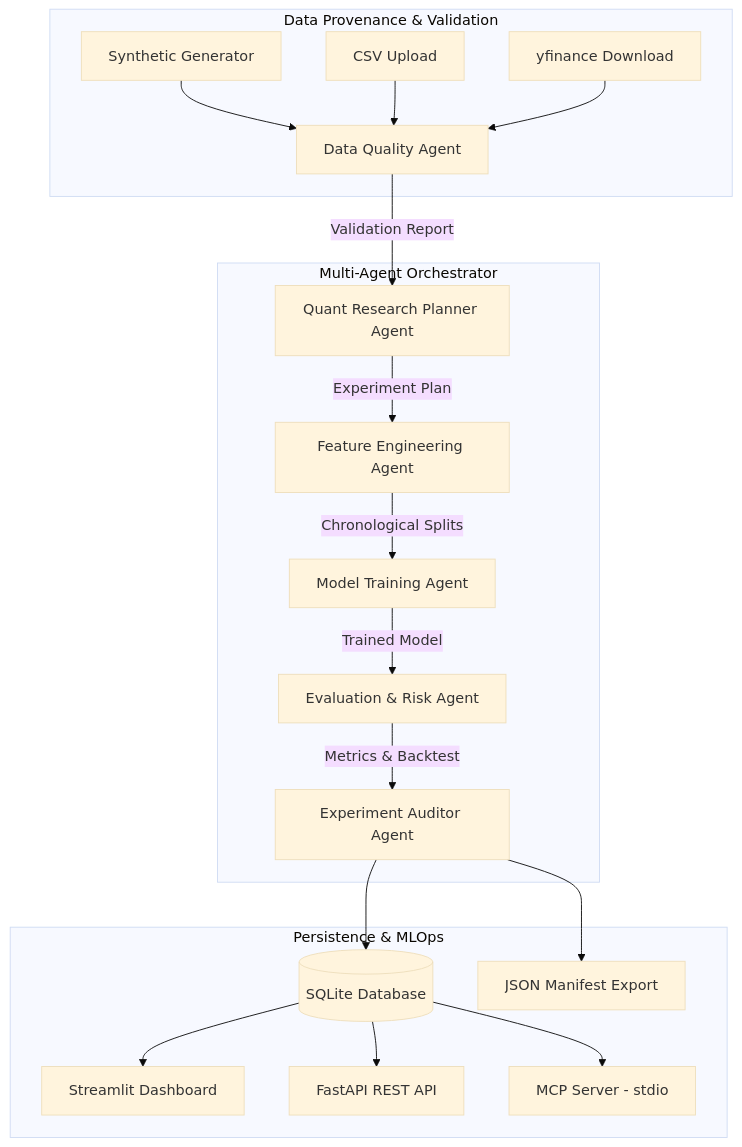
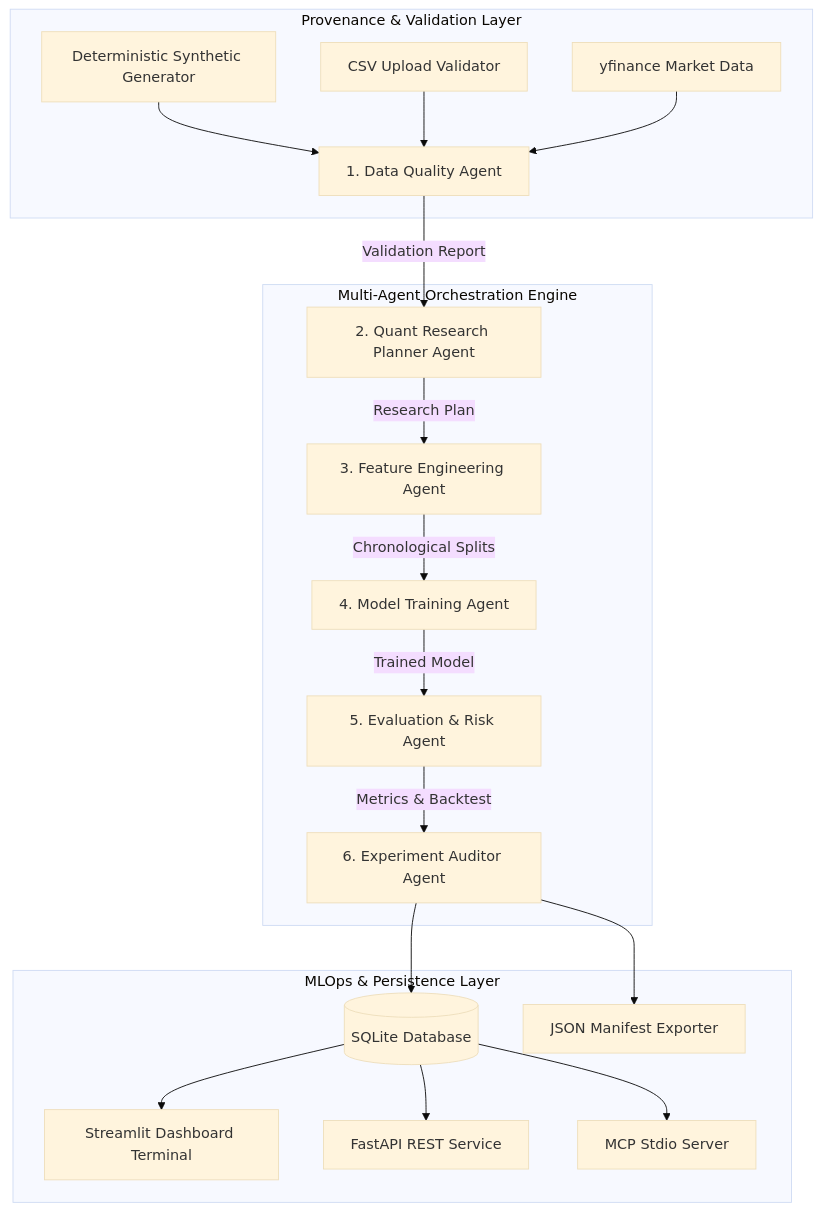
Before and after one commit to Dhanya562004/quantlab-pro: the diagram in README.md, drawn with Mermaid (base theme). The commit also changed other lines of this file, not shown here.

Commit message:
docs: update README.md with live Streamlit app URL and badges

````diff
--- a/README.md
+++ b/README.md
@@ -19,24 +23,24 @@
 ```mermaid
 graph TD
-    subgraph Data Provenance & Validation
-        A1[Synthetic Generator] --> B[Data Quality Agent]
-        A2[CSV Upload] --> B
-        A3[yfinance Download] --> B
+    subgraph Provenance & Validation Layer
+        A1[Deterministic Synthetic Generator] --> B[1. Data Quality Agent]
+        A2[CSV Upload Validator] --> B
+        A3[yfinance Market Data] --> B
     end
 
-    subgraph Multi-Agent Orchestrator
-        B -- Validation Report --> C[Quant Research Planner Agent]
-        C -- Experiment Plan --> D[Feature Engineering Agent]
-        D -- Chronological Splits --> E[Model Training Agent]
-        E -- Trained Model --> F[Evaluation & Risk Agent]
-        F -- Metrics & Backtest --> G[Experiment Auditor Agent]
+    subgraph Multi-Agent Orchestration Engine
+        B -- Validation Report --> C[2. Quant Research Planner Agent]
+        C -- Research Plan --> D[3. Feature Engineering Agent]
+        D -- Chronological Splits --> E[4. Model Training Agent]
+        E -- Trained Model --> F[5. Evaluation & Risk Agent]
+        F -- Metrics & Backtest --> G[6. Experiment Auditor Agent]
     end
 
-    subgraph Persistence & MLOps
+    subgraph MLOps & Persistence Layer
         G --> H[(SQLite Database)]
-        G --> I[JSON Manifest Export]
-        H --> J[Streamlit Dashboard]
-        H --> K[FastAPI REST API]
-        H --> L[MCP Server - stdio]
+        G --> I[JSON Manifest Exporter]
+        H --> J[Streamlit Dashboard Terminal]
+        H --> K[FastAPI REST Service]
+        H --> L[MCP Stdio Server]
     end
 ```
````
